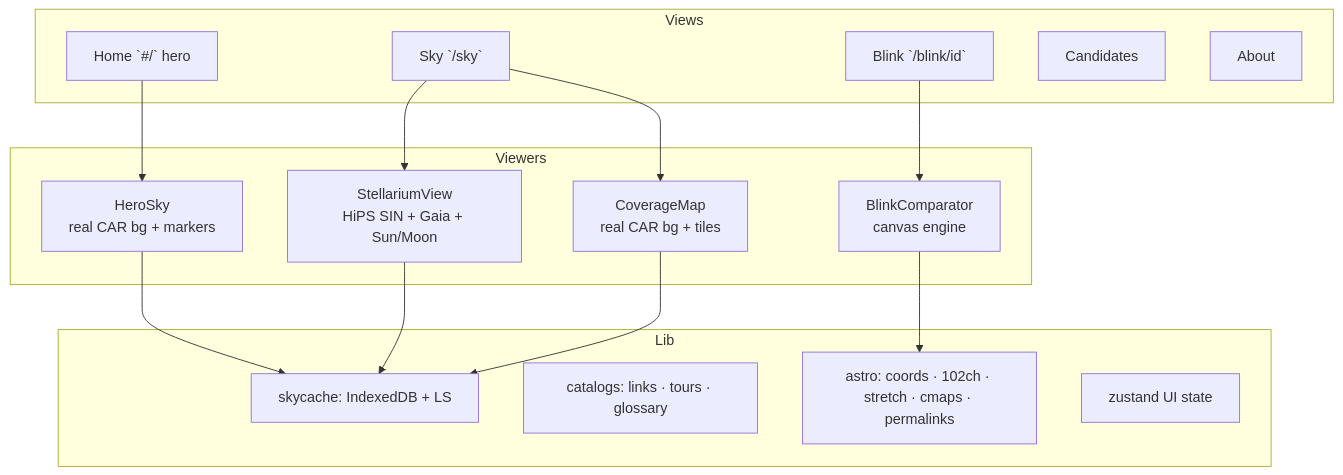
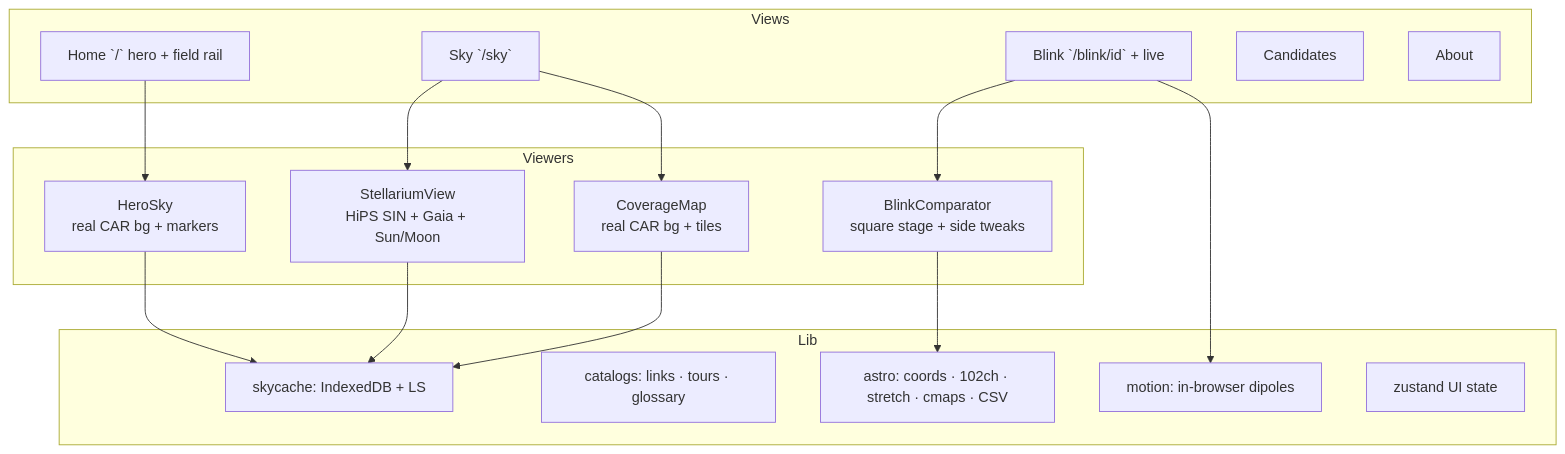
Before and after one commit to akashtori-13/drishti: the third of 4 diagrams in SYSTEM_DESIGN.md, drawn with Mermaid. The commit also changed 9 other files, not shown here.

````diff
--- a/SYSTEM_DESIGN.md
+++ b/SYSTEM_DESIGN.md
@@ -85,30 +85,32 @@
 ```mermaid
 flowchart TB
     subgraph Views
-        HOME[Home `#/` hero]
+        HOME[Home `/` hero + field rail]
         SKY[Sky `/sky`]
-        BLINK[Blink `/blink/id`]
+        BLINK[Blink `/blink/id` + live]
         CAND[Candidates]
         ABOUT[About]
     end
     subgraph Viewers
         HERO[HeroSky<br/>real CAR bg + markers]
         STEL[StellariumView<br/>HiPS SIN + Gaia + Sun/Moon]
         COVM[CoverageMap<br/>real CAR bg + tiles]
-        BCOMP[BlinkComparator<br/>canvas engine]
+        BCOMP[BlinkComparator<br/>square stage + side tweaks]
     end
     subgraph Lib
-        ASTRO[astro: coords · 102ch · stretch · cmaps · permalinks]
-        CAT[ catalogs: links · tours · glossary]
+        ASTRO[astro: coords · 102ch · stretch · cmaps · CSV]
+        CAT[catalogs: links · tours · glossary]
         CACHE[skycache: IndexedDB + LS]
+        MOTION[motion: in-browser dipoles]
         STORE[zustand UI state]
     end
     HOME --> HERO
     SKY --> STEL
     SKY --> COVM
     BLINK --> BCOMP
+    BLINK --> MOTION
     STEL --> CACHE
     HERO --> CACHE
     COVM --> CACHE
     BCOMP --> ASTRO
 ```
````
